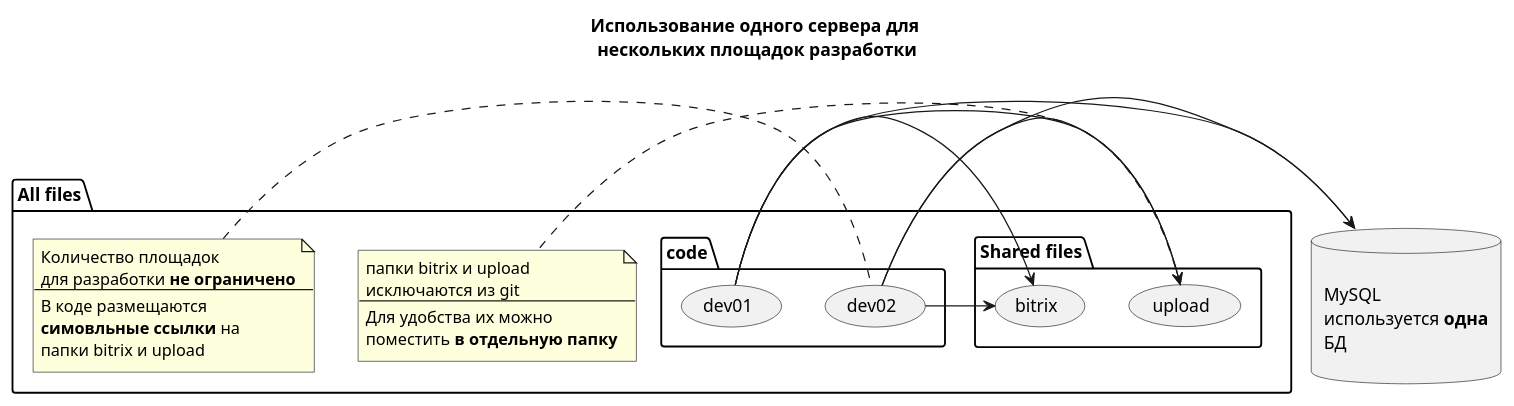
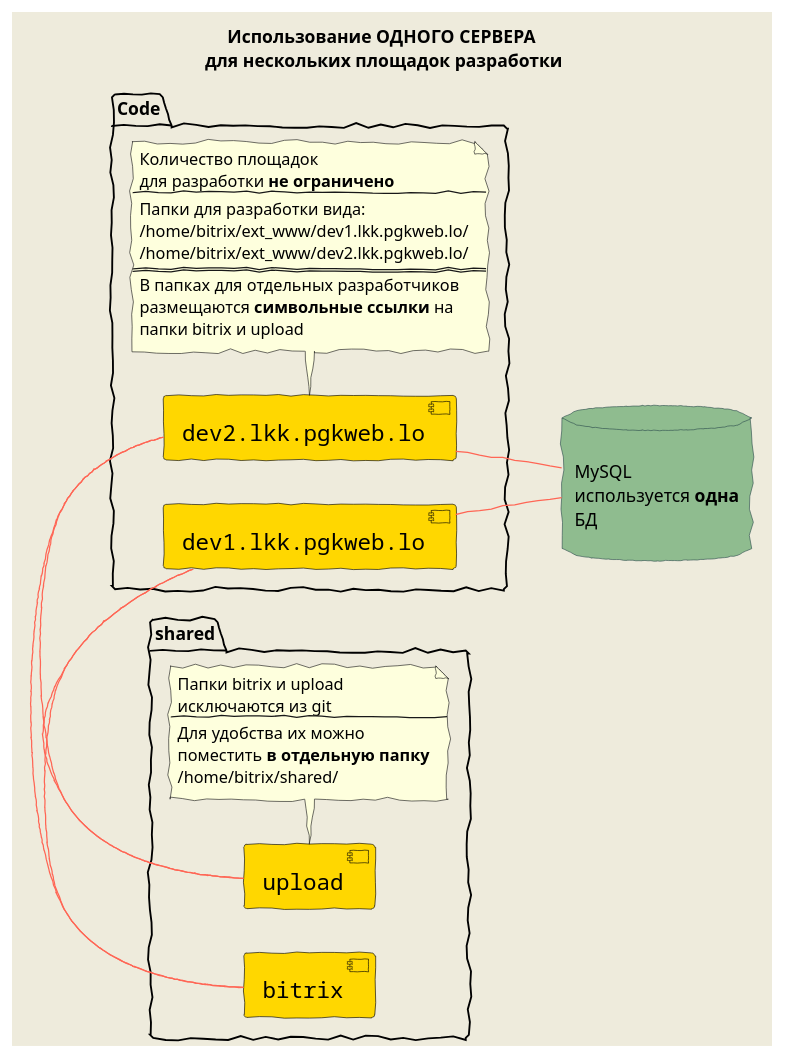
Before and after one commit to aak74/uml: the diagram in Development.puml, drawn with PlantUML. The commit also changed 1 other file, not shown here.

```diff
--- a/Development.puml
+++ b/Development.puml
@@ -1,38 +1,65 @@
 @startuml
-title Использование одного сервера для\n нескольких площадок разработки
+skinparam backgroundColor #EEEBDC
+skinparam borderColor Blue
+skinparam handwritten true
+
+skinparam component {
+  FontSize 18
+  BackgroundColor<<Apache>> Red
+  BorderColor<<Apache>> #FF6655
+  FontName Courier
+  BorderColor black
+  BackgroundColor gold
+  ArrowFontName Impact
+  ArrowColor #FF6655
+  ArrowFontColor #777777
+}
+
+skinparam database {
+	BackgroundColor DarkSeaGreen
+	BorderColor DarkSlateGray
+}
+
+title Использование **ОДНОГО СЕРВЕРА** \nдля нескольких площадок разработки
+
+left to right direction
 
 database "\nMySQL\nиспользуется **одна**\nБД\n" as db
 
-folder "All files" {
-  folder "Shared files" {
-    (bitrix)
-    (upload)
-  }
-  note right
-    папки bitrix и upload
+package shared {
+  [bitrix]
+  [upload]
+  note bottom of upload
+    Папки bitrix и upload
     исключаются из git
     ---
     Для удобства их можно 
     поместить **в отдельную папку**
+    /home/bitrix/shared/
   end note
-  folder code {
-      (dev01)
-      (dev02)
-  }
-  note left
+}
+
+package Code {
+  [dev1.lkk.pgkweb.lo] as dev1
+  [dev2.lkk.pgkweb.lo] as dev2
+  note bottom of dev2
     Количество площадок
     для разработки **не ограничено**
     ---
-    В коде размещаются
-    **симовльные ссылки** на
+    Папки для разработки вида:
+    /home/bitrix/ext_www/dev1.lkk.pgkweb.lo/
+    /home/bitrix/ext_www/dev2.lkk.pgkweb.lo/
+    ===
+    В папках для отдельных разработчиков 
+    размещаются **символьные ссылки** на
     папки bitrix и upload
   end note
 }
 
-(dev01) -> (upload)
-(dev02) -> (upload)
-(dev01) -> (bitrix)
-(dev02) -> (bitrix)
-(dev01) -> (db)
-(dev02) -> (db)
+(dev1) - (upload)
+(dev2) - (upload)
+(dev1) - (bitrix)
+(dev2) - (bitrix)
+(dev1) -down- (db)
+(dev2) -down- (db)
 @enduml
```
